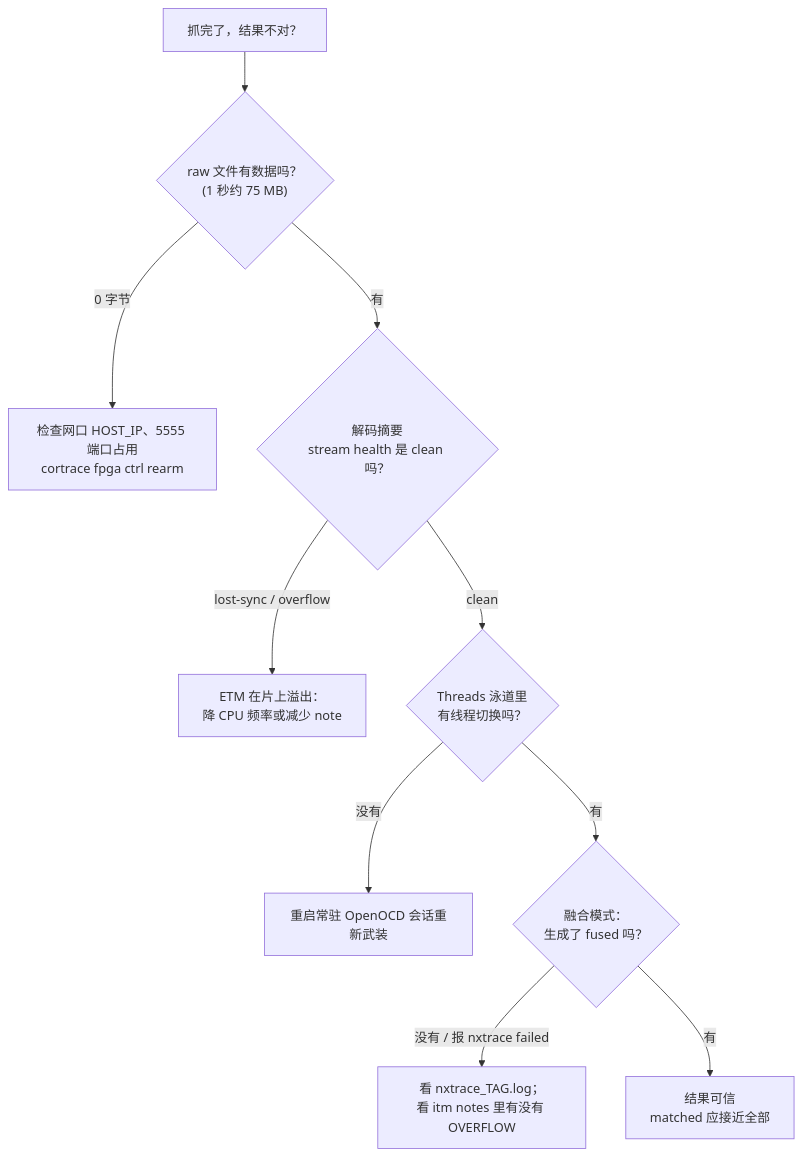
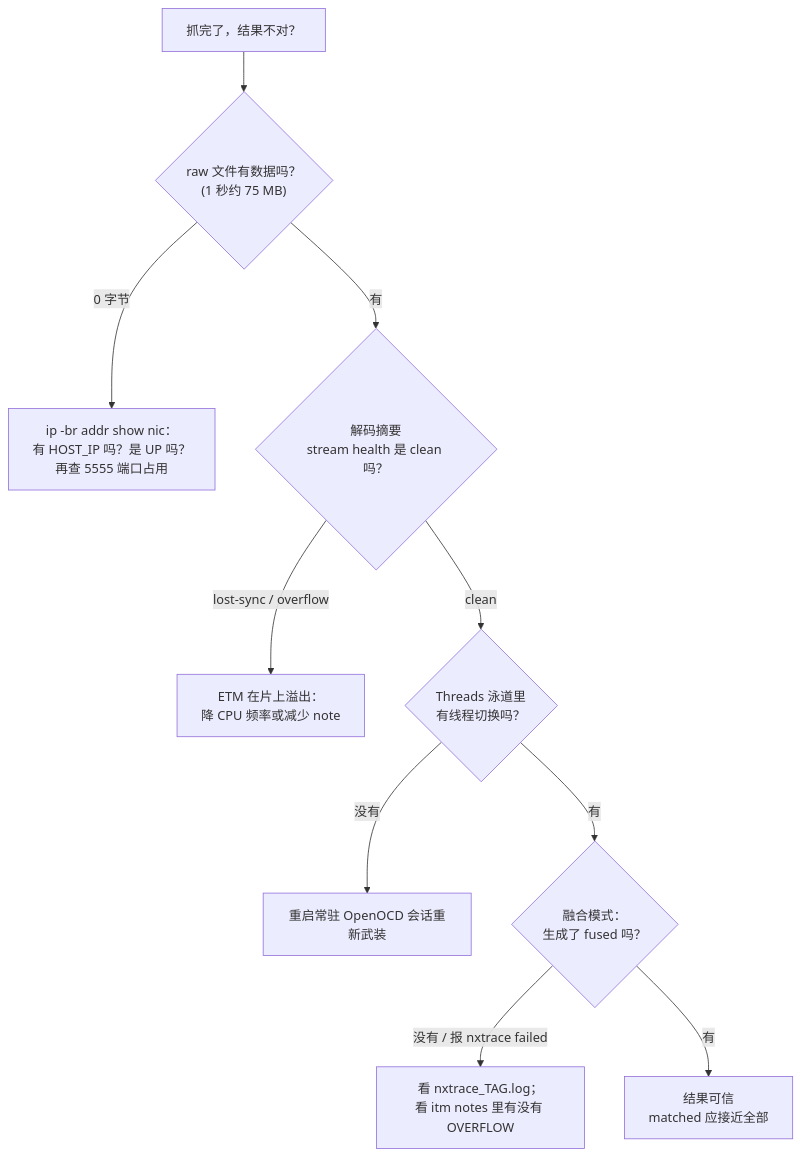
Before and after one commit to FASTSHIFT/cortrace: the sixth of 6 diagrams in docs/04-user-guide.md, drawn with Mermaid. The commit also changed other lines of this file, not shown here.

First line of the commit message:
docs: persist the capture NIC address and say which step needs sudo

````diff
--- a/docs/04-user-guide.md
+++ b/docs/04-user-guide.md
@@ -310,12 +357,12 @@
 ```mermaid
 flowchart TD
     S["抓完了，结果不对？"] --> Q1{"raw 文件有数据吗？<br/>(1 秒约 75 MB)"}
-    Q1 -->|"0 字节"| A1["检查网口 HOST_IP、5555 端口占用<br/>cortrace fpga ctrl rearm"]
+    Q1 -->|"0 字节"| A1["ip -br addr show nic：<br/>有 HOST_IP 吗？是 UP 吗？<br/>再查 5555 端口占用"]
     Q1 -->|"有"| Q2{"解码摘要<br/>stream health 是 clean 吗？"}
     Q2 -->|"lost-sync / overflow"| A2["ETM 在片上溢出：<br/>降 CPU 频率或减少 note"]
     Q2 -->|"clean"| Q3{"Threads 泳道里<br/>有线程切换吗？"}
     Q3 -->|"没有"| A3["重启常驻 OpenOCD 会话重新武装"]
     Q3 -->|"有"| Q4{"融合模式：<br/>生成了 fused 吗？"}
     Q4 -->|"没有 / 报 nxtrace failed"| A4["看 nxtrace_TAG.log；<br/>看 itm notes 里有没有 OVERFLOW"]
     Q4 -->|"有"| OK["结果可信<br/>matched 应接近全部"]
 ```
````
